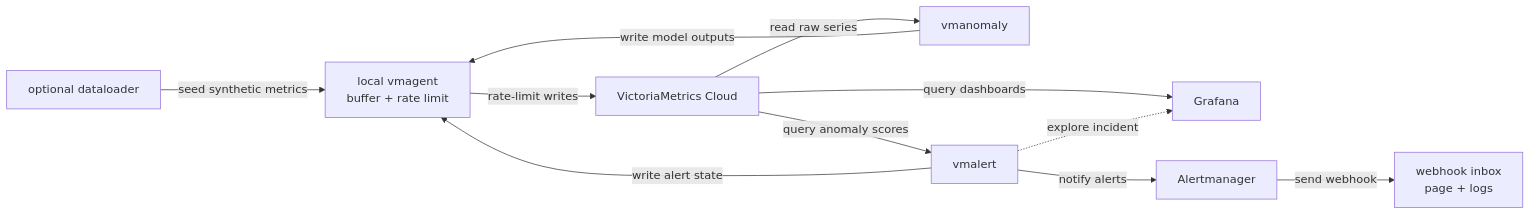
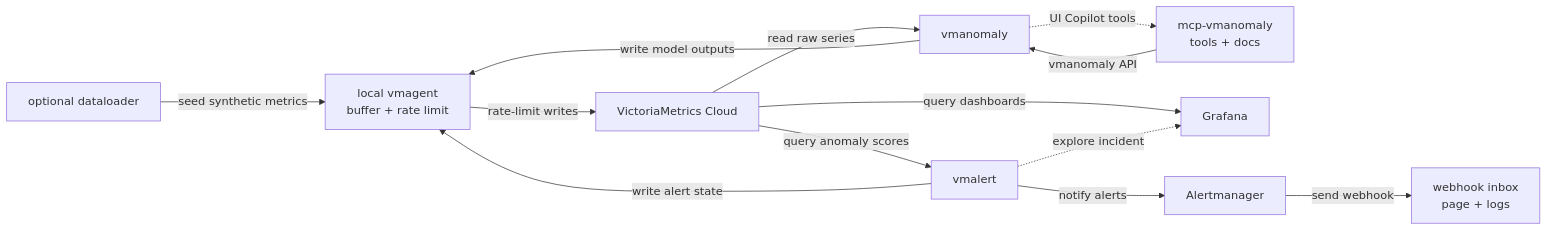
Before and after one commit to jgomezselles/cnd-workshop-2026: the third of 4 diagrams in anomaly-detection/README.md, drawn with Mermaid. The commit also changed other lines of this file and 19 other files, not shown here.

````diff
--- a/anomaly-detection/README.md
+++ b/anomaly-detection/README.md
@@ -270,13 +290,15 @@
 ```mermaid
 flowchart LR
   loader["optional dataloader"] -->|"seed synthetic metrics"| agent["local vmagent<br/>buffer + rate limit"]
   anomaly["vmanomaly"] -->|"write model outputs"| agent
+  mcp["mcp-vmanomaly<br/>tools + docs"] -->|"vmanomaly API"| anomaly
+  anomaly -.->|"UI Copilot tools"| mcp
   vmalert["vmalert"] -->|"write alert state"| agent
   agent -->|"rate-limit writes"| cloud["VictoriaMetrics Cloud"]
   cloud -->|"read raw series"| anomaly
   cloud -->|"query dashboards"| grafana["Grafana"]
   cloud -->|"query anomaly scores"| vmalert
   vmalert -->|"notify alerts"| alertmanager["Alertmanager"]
   vmalert -.->|"explore incident"| grafana
   alertmanager -->|"send webhook"| webhook["webhook inbox<br/>page + logs"]
 ```
````
